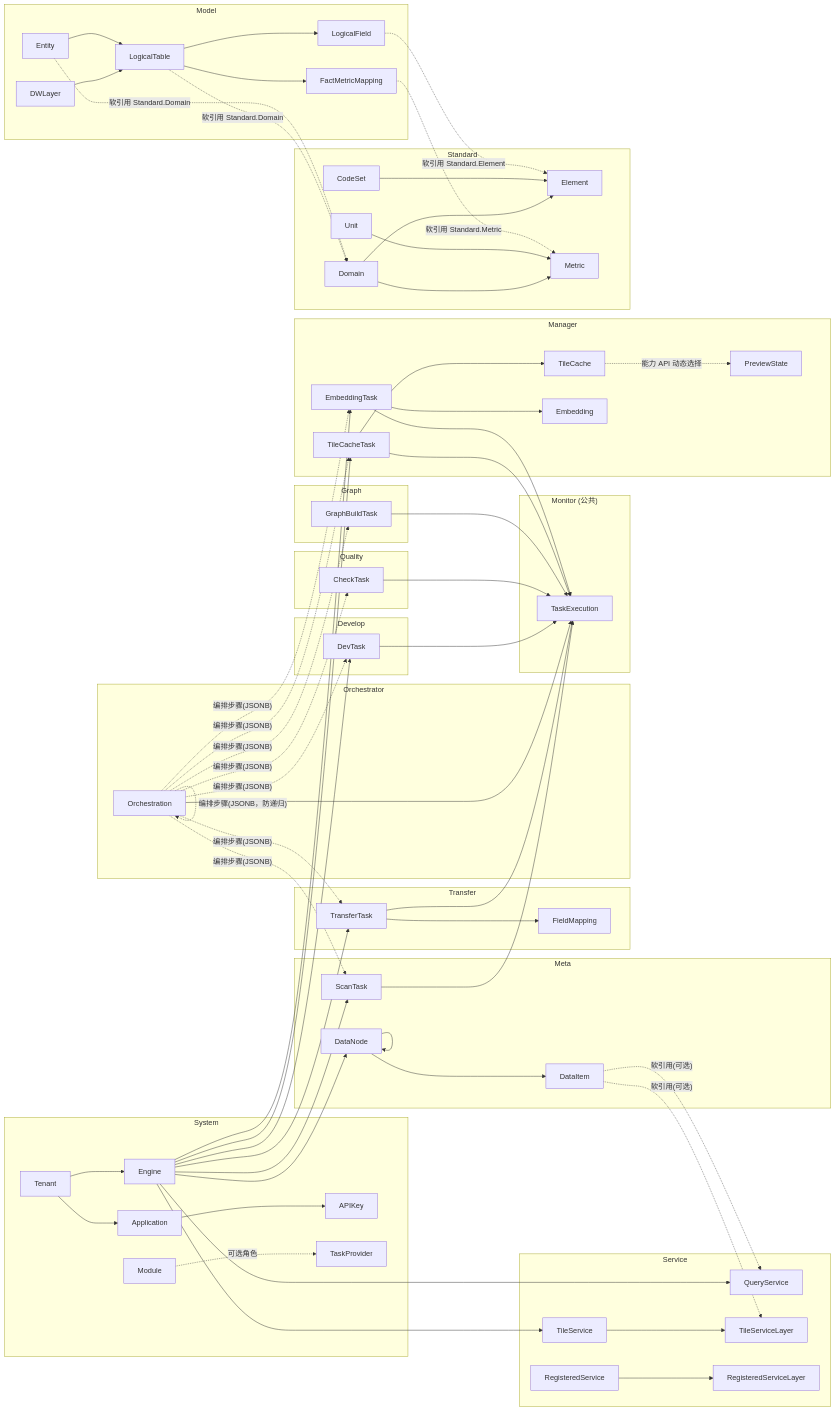
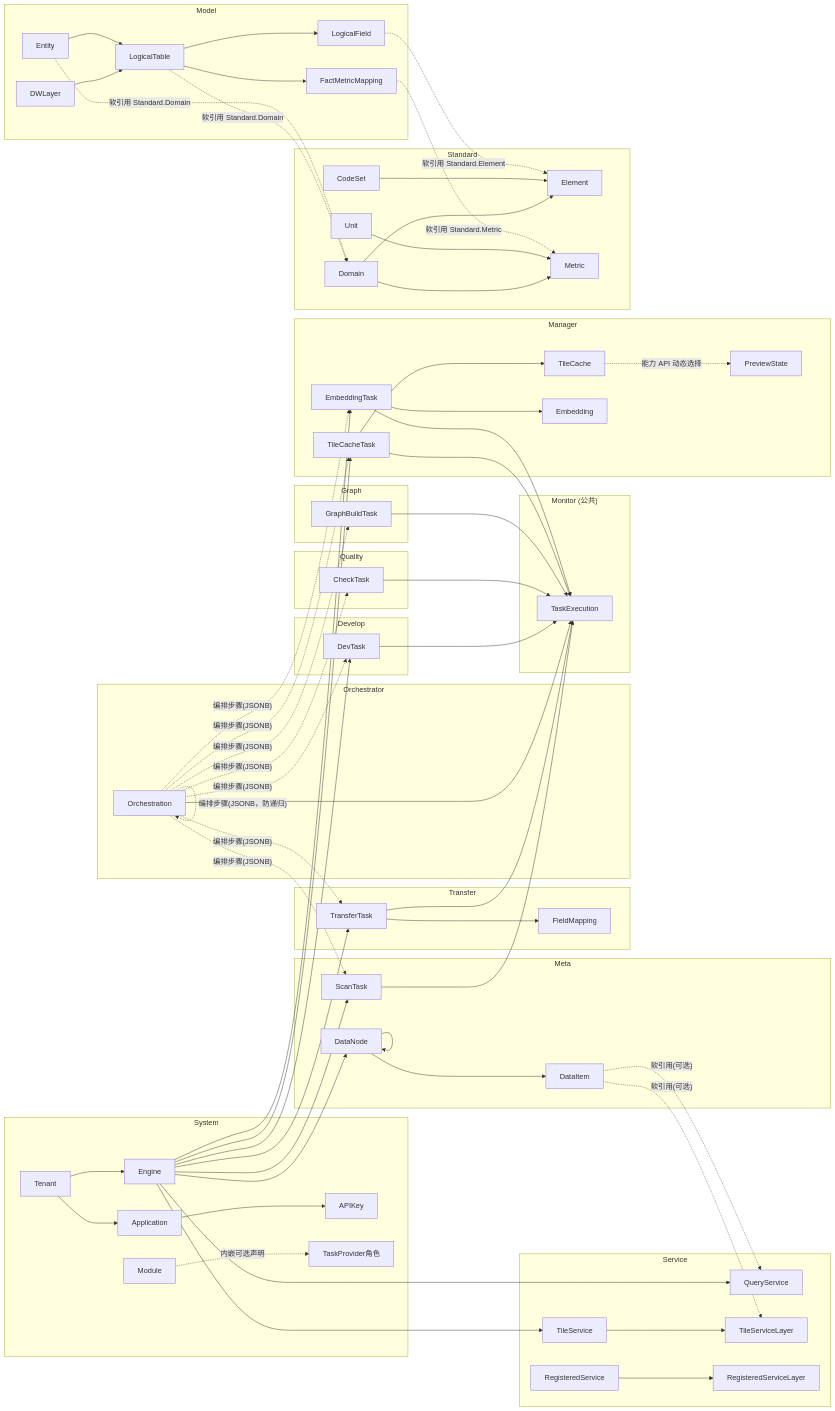
One commit to pampa0629/addp changed the eighth of 9 diagrams in docs/concepts/addp核心对象ER图（元模型）.md. Above: the diagram before and after it, drawn with Mermaid. The commit also changed other lines of this file and 130 other files, not shown here.

```diff
--- a/docs/concepts/addp核心对象ER图（元模型）.md
+++ b/docs/concepts/addp核心对象ER图（元模型）.md
@@ -1178,7 +1182,7 @@
         Application
         APIKey
         Module
-        TaskProvider
+        TaskProviderRole["TaskProvider角色"]
     end
 
     subgraph META["Meta"]
@@ -1248,7 +1252,7 @@
     Tenant --> Engine
     Tenant --> Application
     Application --> APIKey
-    Module -.->|"可选角色"| TaskProvider
+    Module -.->|"内嵌可选声明"| TaskProviderRole
 
     %% Engine 是枢纽
     Engine --> DataNode
```
